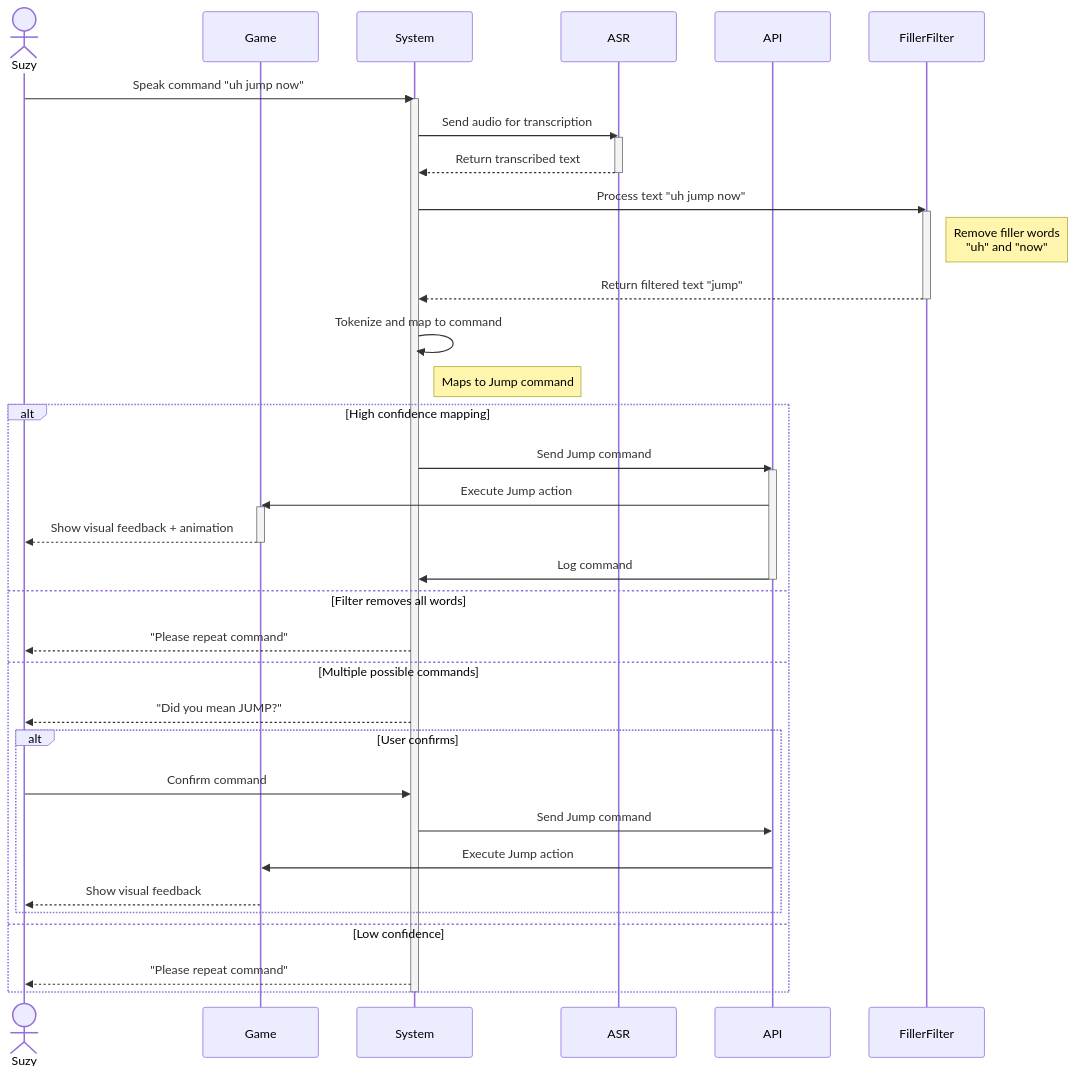
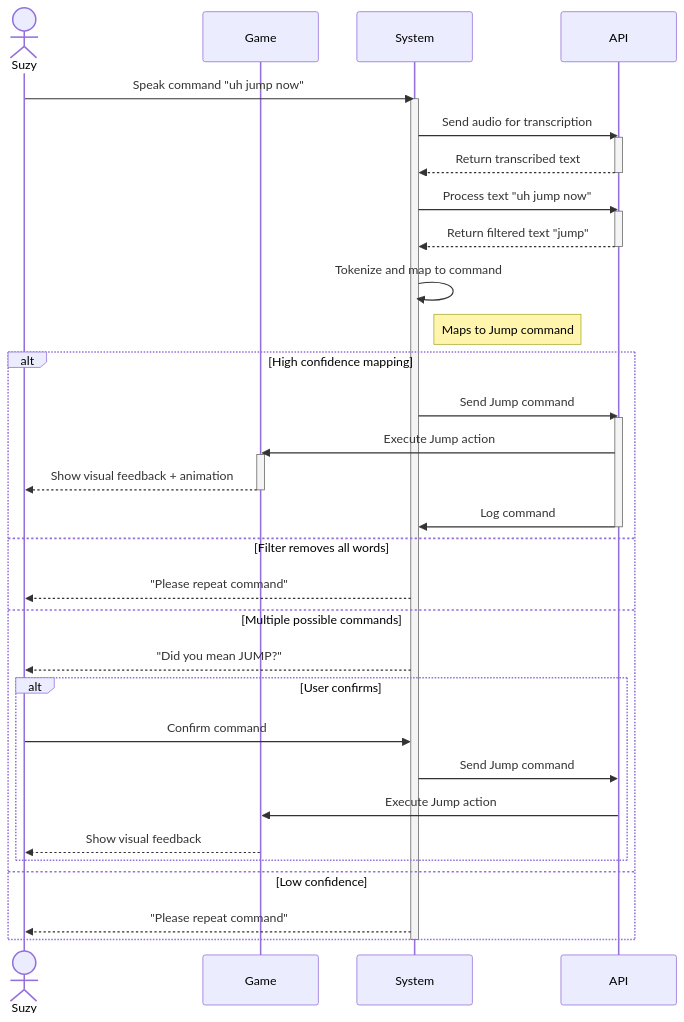
The second of 9 diagrams in documentation/docs/system-architecture/sequence-diagrams.md (Capstone-Projects-2025-Fall/project-001-aac-api), drawn with Mermaid before and after one commit. The commit also changed other lines of this file and 1 other file, not shown here.

Commit message:
Update Use Case 1 and redraw sequence diagrams

````diff
--- a/documentation/docs/system-architecture/sequence-diagrams.md
+++ b/documentation/docs/system-architecture/sequence-diagrams.md
@@ -103,49 +54,46 @@
 ```mermaid
 sequenceDiagram
     actor Suzy
     participant Game
     participant System
-    participant ASR
     participant API
-    participant FillerFilter
     
     Suzy->>System: Speak command "uh jump now"
     activate System
-    System->>ASR: Send audio for transcription
-    activate ASR
-    ASR-->>System: Return transcribed text
-    deactivate ASR
+    System->>API: Send audio for transcription
+    activate API
+    API-->>System: Return transcribed text
+    deactivate API
     
-    System->>FillerFilter: Process text "uh jump now"
-    activate FillerFilter
-    Note right of FillerFilter: Remove filler words<br/>"uh" and "now"
-    FillerFilter-->>System: Return filtered text "jump"
-    deactivate FillerFilter
+    System->>API: Process text "uh jump now"
+    activate API
+    API-->>System: Return filtered text "jump"
+    deactivate API
     
     System->>System: Tokenize and map to command
     Note right of System: Maps to Jump command
     
     alt High confidence mapping
         System->>API: Send Jump command
         activate API
         API->>Game: Execute Jump action
         activate Game
         Game-->>Suzy: Show visual feedback + animation
         deactivate Game
         API->>System: Log command
         deactivate API
     else Filter removes all words
         System-->>Suzy: "Please repeat command"
     else Multiple possible commands
         System-->>Suzy: "Did you mean JUMP?"
         alt User confirms
             Suzy->>System: Confirm command
             System->>API: Send Jump command
             API->>Game: Execute Jump action
             Game-->>Suzy: Show visual feedback
         end
     else Low confidence
         System-->>Suzy: "Please repeat command"
     end
     deactivate System
 ```
````
